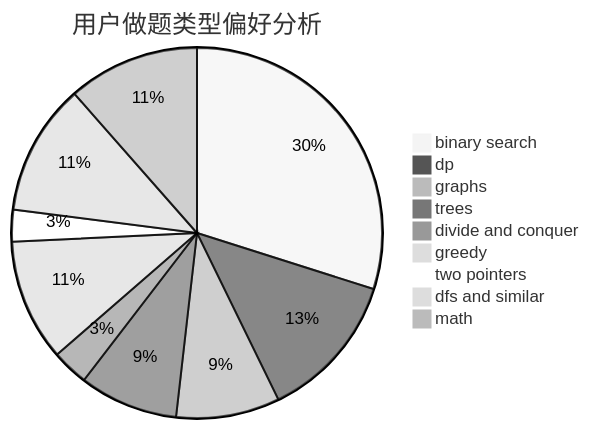
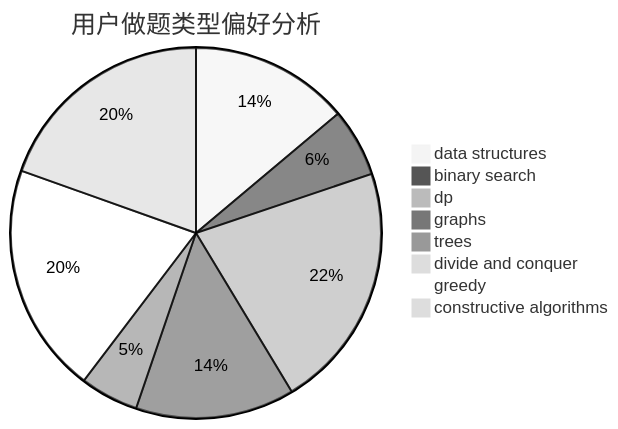
The second of 3 diagrams in docs/user/u252.md (sherpahu/cfrs.github.io), drawn with Mermaid (neutral theme) before and after one commit. The commit also changed other lines of this file and 2775 other files, not shown here.

````diff
--- a/docs/user/u252.md
+++ b/docs/user/u252.md
@@ -23,12 +23,11 @@
 ```mermaid
 pie title 用户做题类型偏好分析
-    "binary search" :  281
-    "dp" :  121
-    "graphs" :  85
-    "trees" :  81
-    "divide and conquer" :  30
-    "greedy" :  100
-    "two pointers" :  26
-    "dfs and similar" :  108
-    "math" :  108
+    "data structures" :  49
+    "binary search" :  21
+    "dp" :  76
+    "graphs" :  49
+    "trees" :  18
+    "divide and conquer" :  0
+    "greedy" :  71
+    "constructive algorithms" :  69
 ```
````
